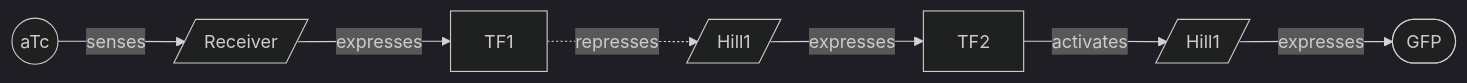
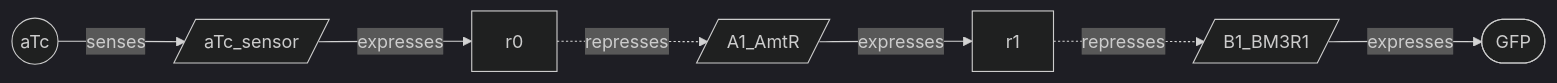
The first of 2 diagrams in README.md (marpaia/quiver), drawn with Mermaid (dark theme) before and after one commit. The commit also changed other lines of this file and 4 other files, not shown here.

First line of the commit message:
Regenerate README and mermaid diagrams for the Component-grounded direction

````diff
--- a/README.md
+++ b/README.md
@@ -144,9 +147,16 @@
 ```mermaid
 flowchart LR
-  aTc((aTc)) -- senses --> Rc[/Receiver/]
-  Rc -- expresses --> TF1
-  TF1 -. represses .-> P1[/Hill1/]
-  P1 -- expresses --> TF2
-  TF2 -- activates --> P2[/Hill1/]
-  P2 -- expresses --> GFP([GFP])
+  sup(("aTc"))
+  op0[/"aTc_sensor"/]
+  reg0["r0"]
+  op1[/"A1_AmtR"/]
+  reg1["r1"]
+  op2[/"B1_BM3R1"/]
+  out(["GFP"])
+  sup -- senses --> op0
+  op0 -- expresses --> reg0
+  reg0 -. represses .-> op1
+  op1 -- expresses --> reg1
+  reg1 -. represses .-> op2
+  op2 -- expresses --> out
 ```
````
